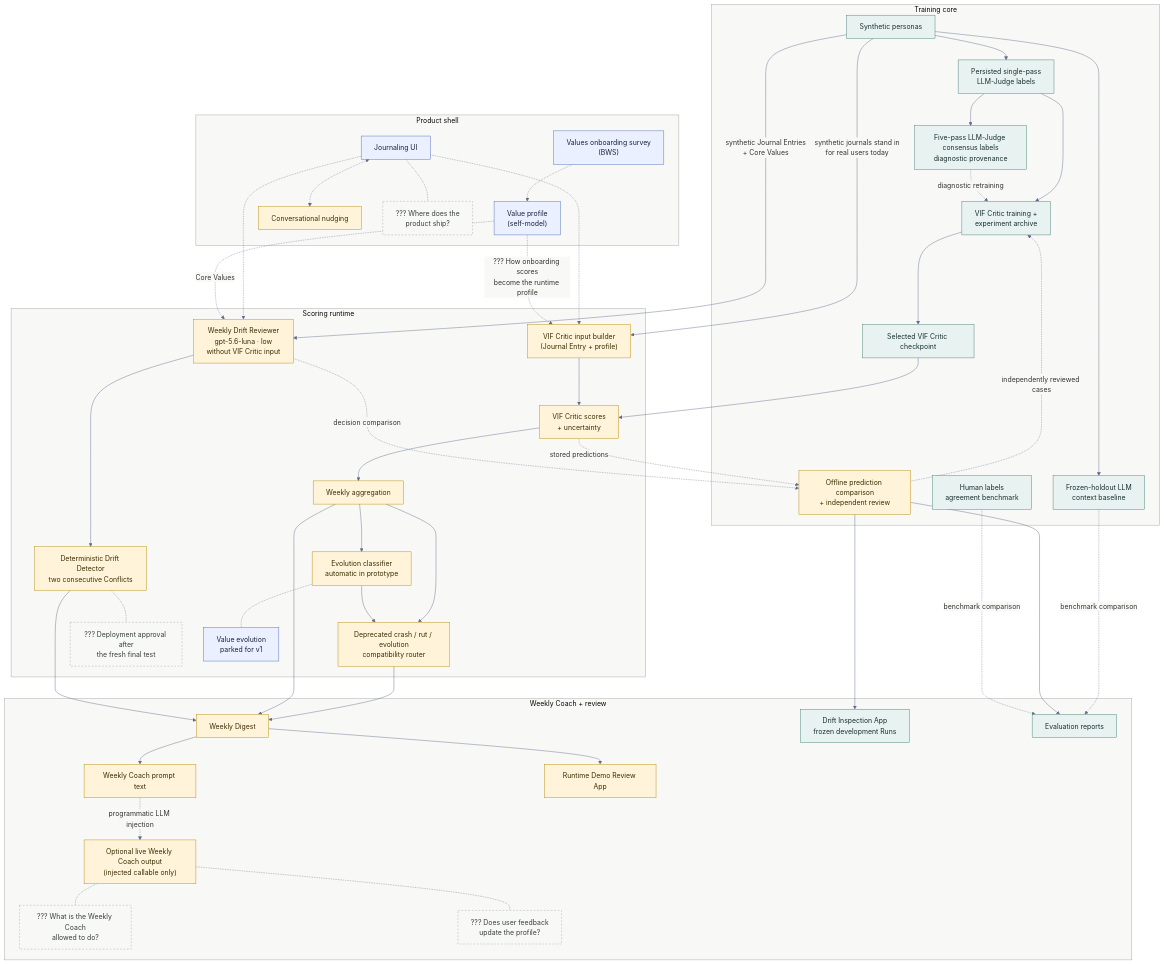
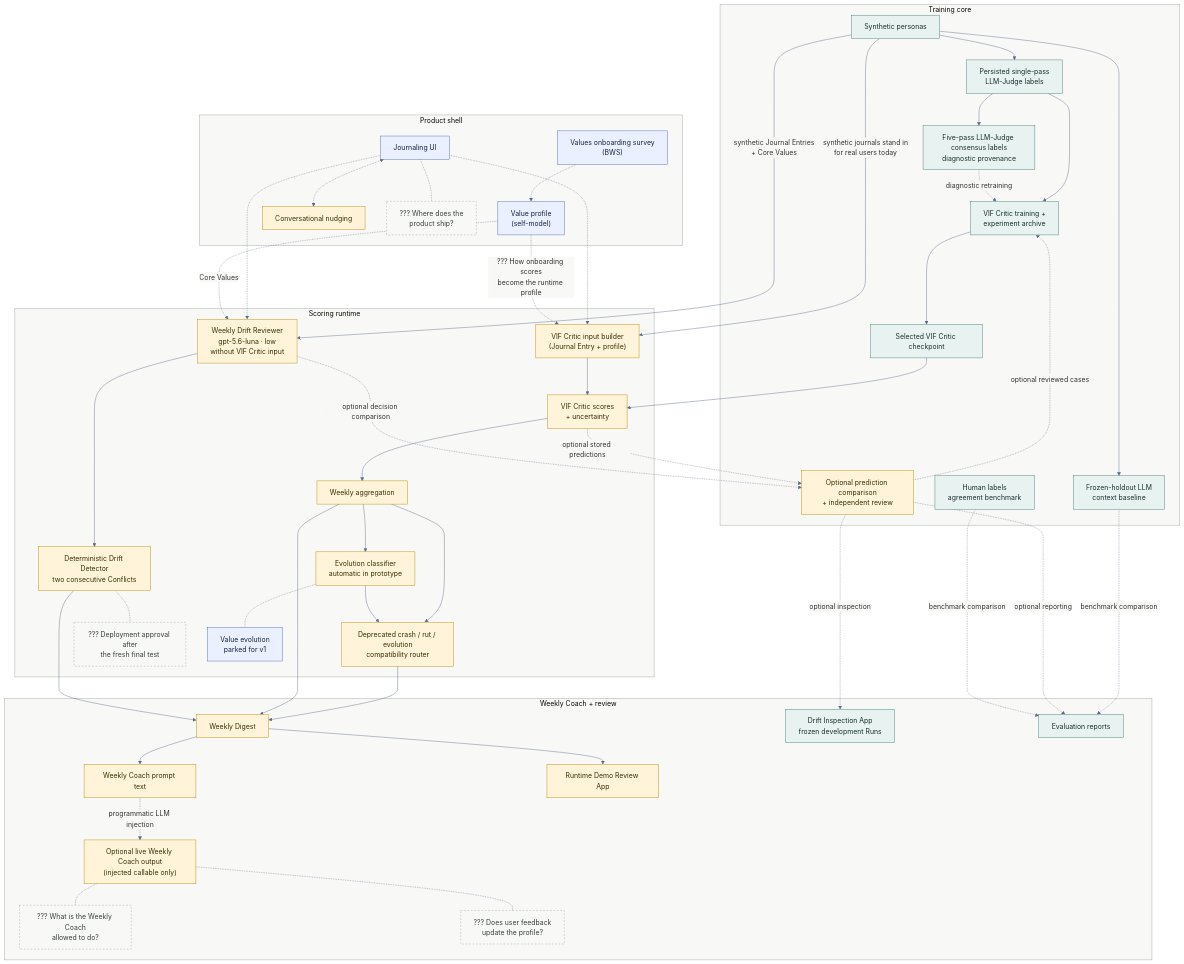
One commit to DesmondChoy/twinkl changed the diagram in docs/architecture/e2e_architecture.md. Above: the diagram before and after it, drawn with Mermaid. The commit also changed other lines of this file and 14 other files, not shown here.

Commit message:
docs: make VIF Critic optional research (twinkl-560n)

```diff
--- a/docs/architecture/e2e_architecture.md
+++ b/docs/architecture/e2e_architecture.md
@@ -40,7 +40,7 @@
         critic_train["VIF Critic training +<br/>experiment archive"]
         checkpoint["Selected VIF Critic checkpoint"]
         llm_baseline["Frozen-holdout LLM<br/>context baseline"]
-        offline_review["Offline prediction comparison<br/>+ independent review"]
+        offline_review["Optional prediction comparison<br/>+ independent review"]
     end
 
     subgraph product["Product shell"]
@@ -80,11 +80,11 @@
     consensus -. "diagnostic retraining" .-> critic_train
     personas --> llm_baseline
     llm_baseline -. "benchmark comparison" .-> reports
-    scores -. "stored predictions" .-> offline_review
-    reviewer -. "decision comparison" .-> offline_review
-    offline_review -. "independently reviewed cases" .-> critic_train
-    offline_review --> drift_review
-    offline_review --> reports
+    scores -. "optional stored predictions" .-> offline_review
+    reviewer -. "optional decision comparison" .-> offline_review
+    offline_review -. "optional reviewed cases" .-> critic_train
+    offline_review -. "optional inspection" .-> drift_review
+    offline_review -. "optional reporting" .-> reports
 
     %% Human benchmark, not label production
     annotation -. "benchmark comparison" .-> reports
```
